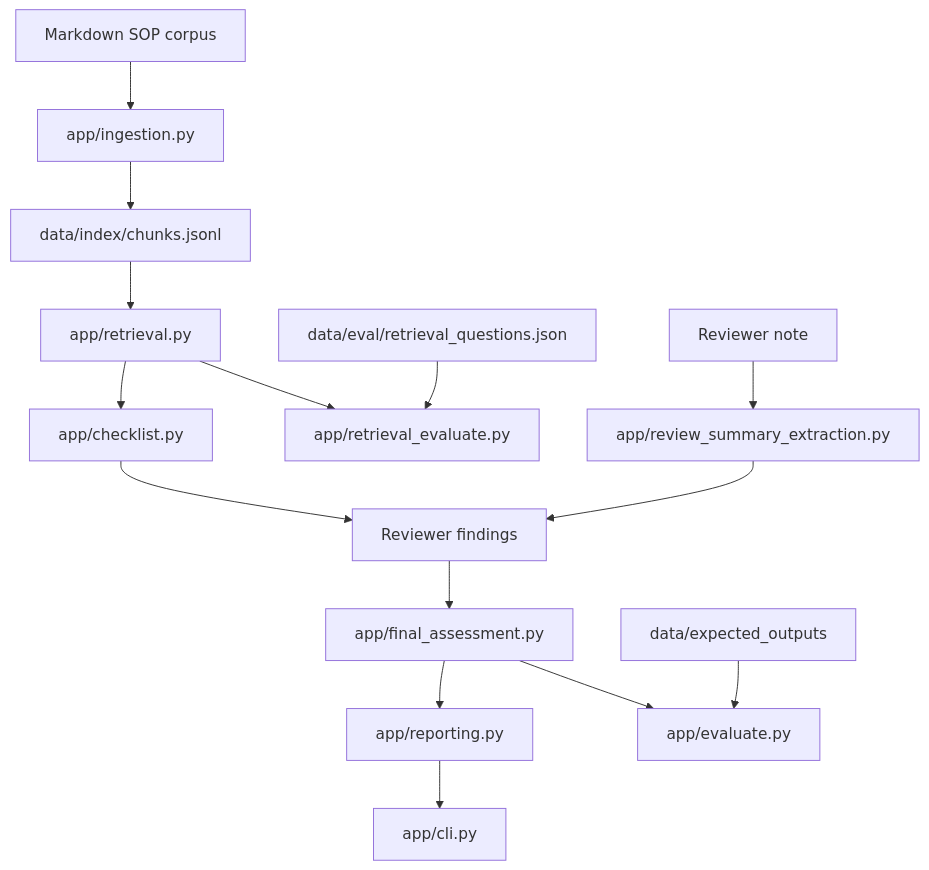
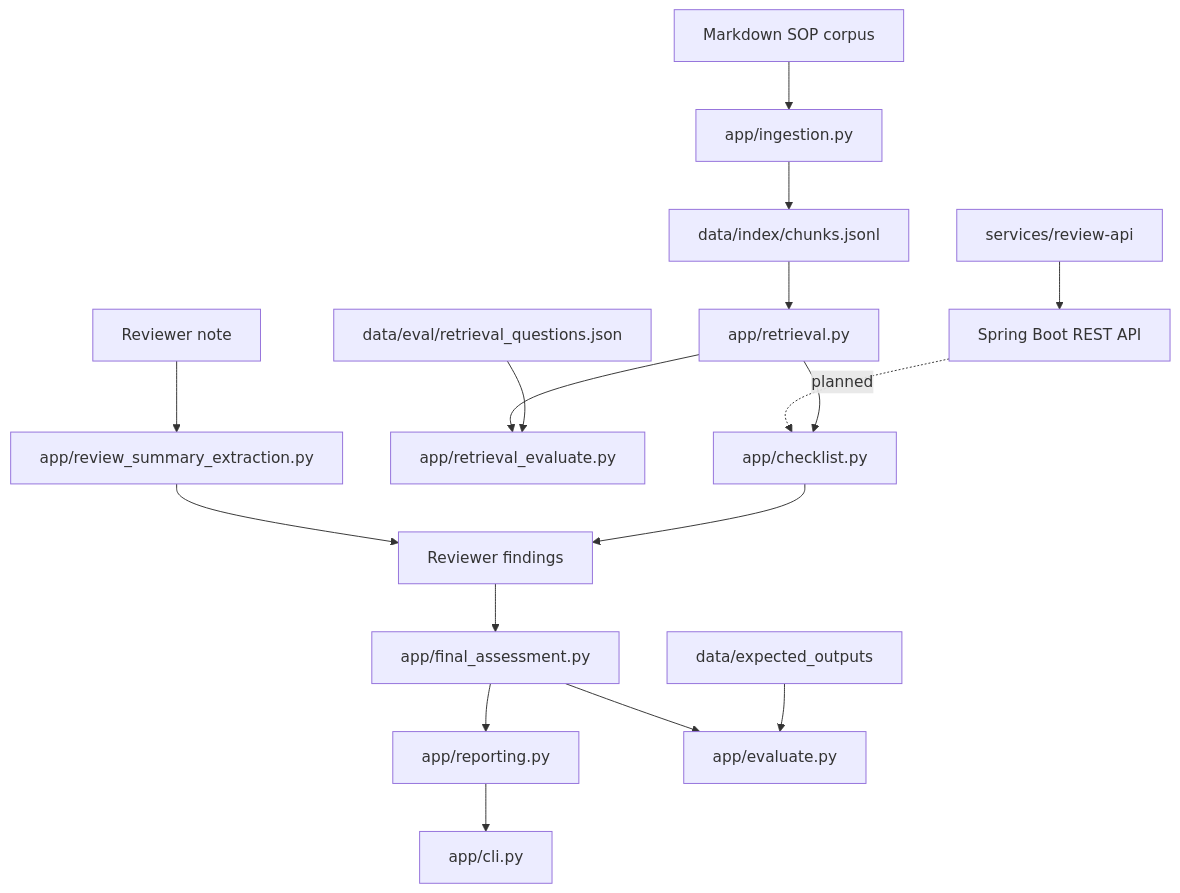
One commit to markwuenschel-dev/Compounding-Quality-RAG changed the second of 2 diagrams in README.md. Above: the diagram before and after it, drawn with Mermaid. The commit also changed other lines of this file and 82 other files, not shown here.

First line of the commit message:
Restructure Python RAG engine and add Spring Boot API shell

````diff
--- a/README.md
+++ b/README.md
@@ -73,20 +108,23 @@
 ```mermaid
 flowchart TD
     A[Markdown SOP corpus] --> B[app/ingestion.py]
     B --> C[data/index/chunks.jsonl]
     C --> D[app/retrieval.py]
     D --> E[app/checklist.py]
     E --> F[Reviewer findings]
     F --> G[app/final_assessment.py]
     G --> H[app/reporting.py]
     H --> I[app/cli.py]
 
     J[data/eval/retrieval_questions.json] --> K[app/retrieval_evaluate.py]
     D --> K
 
     L[data/expected_outputs] --> M[app/evaluate.py]
     G --> M
 
     N[Reviewer note] --> O[app/review_summary_extraction.py]
     O --> F
+
+    P[services/review-api] --> Q[Spring Boot REST API]
+    Q -. planned .-> E
 ```
````
